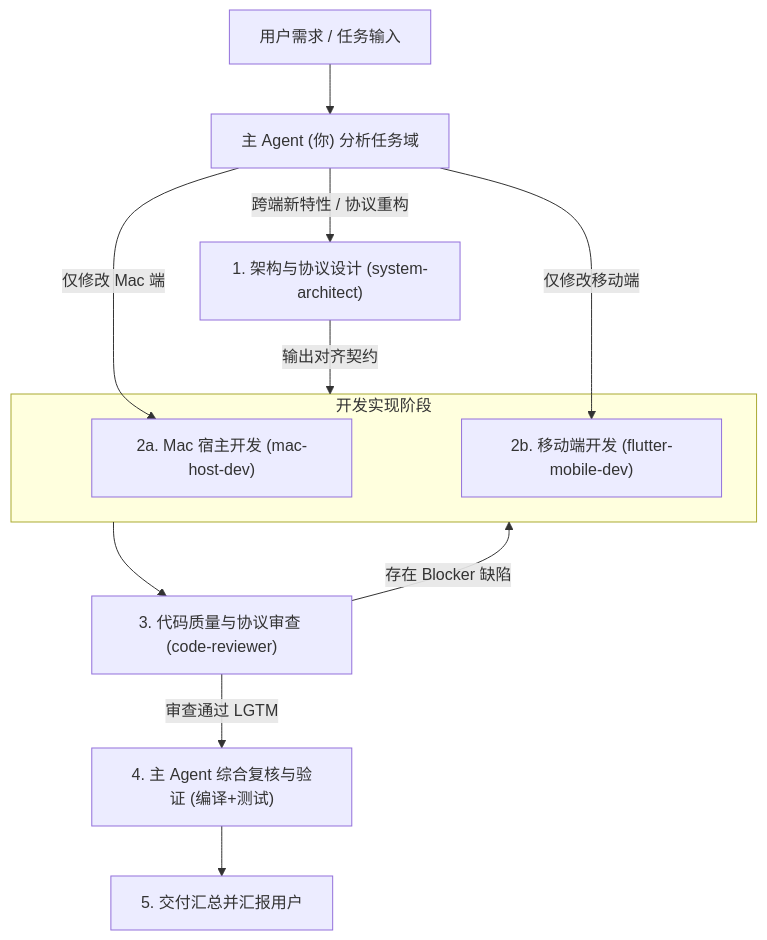
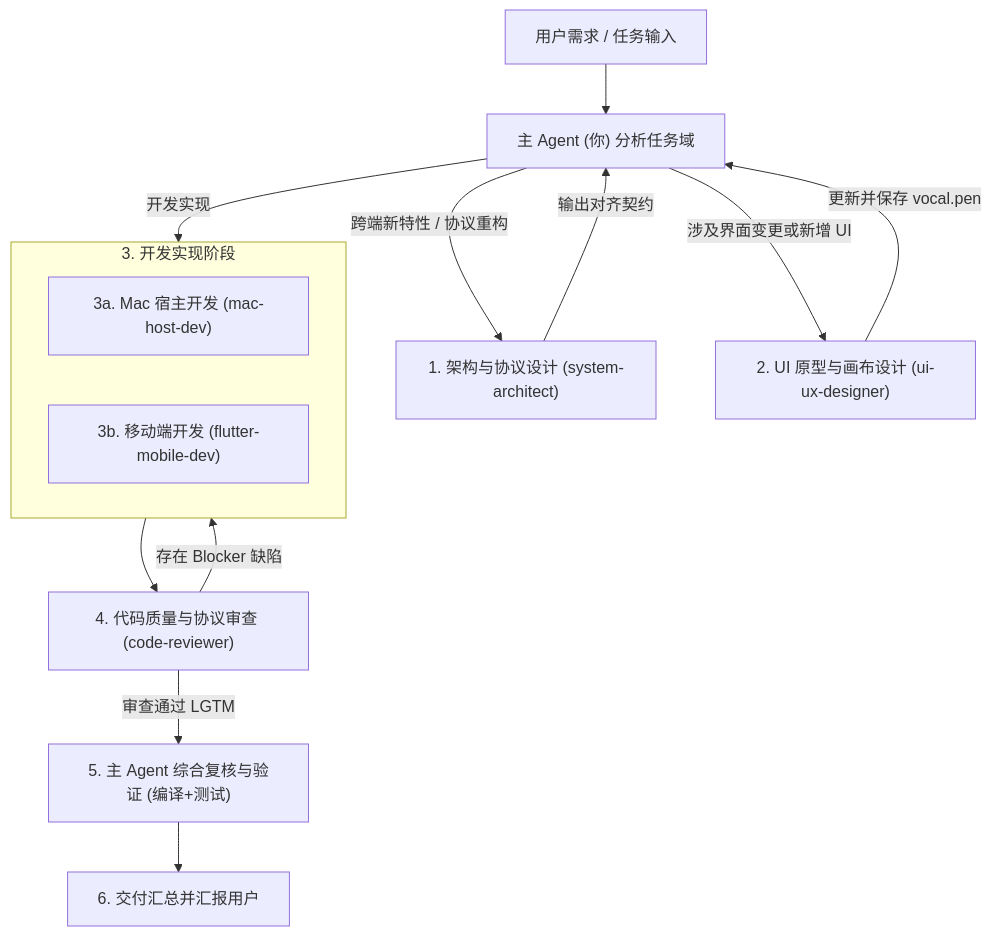
One commit to idcpj/vocal changed the diagram in .agents/skills/vocal-agents/SKILL.md. Above: the diagram before and after it, drawn with Mermaid. The commit also changed other lines of this file and 8 other files, not shown here.

Commit message:
feat: implement PIN pairing and authentication protocol for macOS host

````diff
--- a/.agents/skills/vocal-agents/SKILL.md
+++ b/.agents/skills/vocal-agents/SKILL.md
@@ -31,22 +32,24 @@
 ```mermaid
 flowchart TD
     UserReq["用户需求 / 任务输入"] --> Coordinator["主 Agent (你) 分析任务域"]
 
     Coordinator -->|跨端新特性 / 协议重构| Arch["1. 架构与协议设计 (system-architect)"]
-    Arch -->|输出对齐契约| DevStage
+    Arch -->|输出对齐契约| Coordinator
 
-    Coordinator -->|仅修改 Mac 端| MacDev["2a. Mac 宿主开发 (mac-host-dev)"]
-    Coordinator -->|仅修改移动端| MobileDev["2b. 移动端开发 (flutter-mobile-dev)"]
+    Coordinator -->|涉及界面变更或新增 UI| UIDesign["2. UI 原型与画布设计 (ui-ux-designer)"]
+    UIDesign -->|更新并保存 vocal.pen| Coordinator
 
-    subgraph DevStage ["开发实现阶段"]
-        MacDev
-        MobileDev
+    Coordinator -->|开发实现| DevStage
+
+    subgraph DevStage ["3. 开发实现阶段"]
+        MacDev["3a. Mac 宿主开发 (mac-host-dev)"]
+        MobileDev["3b. 移动端开发 (flutter-mobile-dev)"]
     end
 
-    DevStage --> ReviewStage["3. 代码质量与协议审查 (code-reviewer)"]
+    DevStage --> ReviewStage["4. 代码质量与协议审查 (code-reviewer)"]
 
     ReviewStage -->|存在 Blocker 缺陷| DevStage
-    ReviewStage -->|审查通过 LGTM| HostReview["4. 主 Agent 综合复核与验证 (编译+测试)"]
+    ReviewStage -->|审查通过 LGTM| HostReview["5. 主 Agent 综合复核与验证 (编译+测试)"]
 
-    HostReview --> FinalReport["5. 交付汇总并汇报用户"]
+    HostReview --> FinalReport["6. 交付汇总并汇报用户"]
 ```
````
